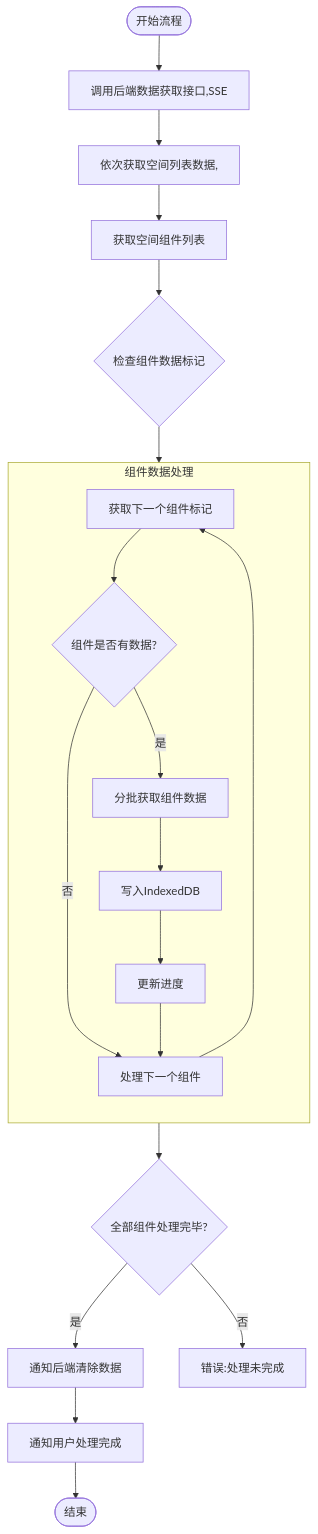
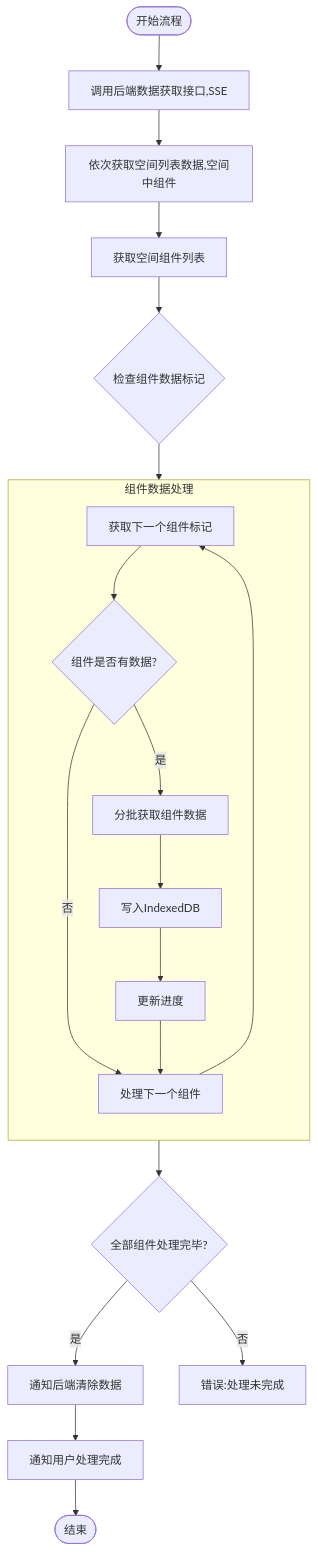
Before and after one commit to yingjianzh/iodraw-files: the diagram in all/未命名-59.md, drawn with Mermaid.

Commit message:
2025-05-14 14:51:08 update

````diff
--- a/all/未命名-59.md
+++ b/all/未命名-59.md
@@ -1,29 +1,29 @@
 ```mermaid
 
 flowchart TD
     Start([开始流程]) --> FetchData[调用后端数据获取接口,SSE]
-    FetchData --> FetchSpaceData[依次获取空间列表数据,]
+    FetchData --> FetchSpaceData[依次获取空间列表数据,空间中组件]
     FetchSpaceData --> FetchComponentList[获取空间组件列表]
     FetchComponentList --> CheckComponentData{检查组件数据标记}
     
     subgraph ComponentProcess [组件数据处理]
         direction TB
         A[获取下一个组件标记] --> B{组件是否有数据?}
         B -->|否| NextComponent[处理下一个组件]
         B -->|是| C[分批获取组件数据]
         C --> D[写入IndexedDB]
         D --> UpdateProgress[更新进度]
         UpdateProgress --> NextComponent
         NextComponent --> A
     end
     
     CheckComponentData --> ComponentProcess
     ComponentProcess --> AllComponentsProcessed{全部组件处理完毕?}
     
     AllComponentsProcessed -->|是| ClearServerData[通知后端清除数据]
     AllComponentsProcessed -->|否| Error3[错误:处理未完成]
     
     ClearServerData --> CompletionNotification[通知用户处理完成]
     CompletionNotification --> End([结束])
 
 ```
````
